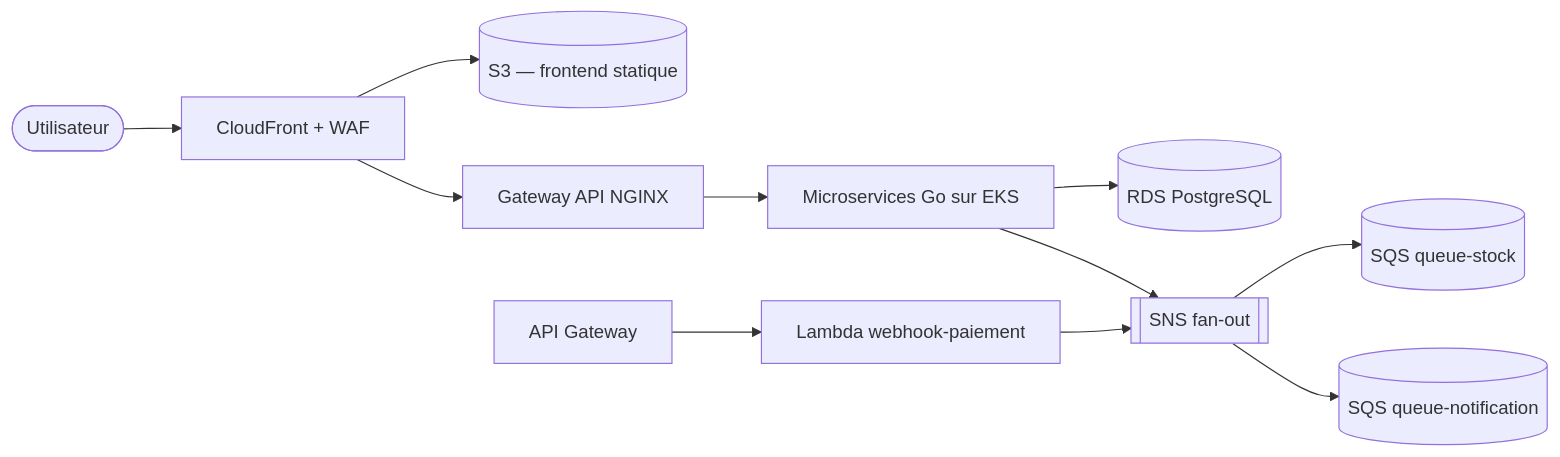
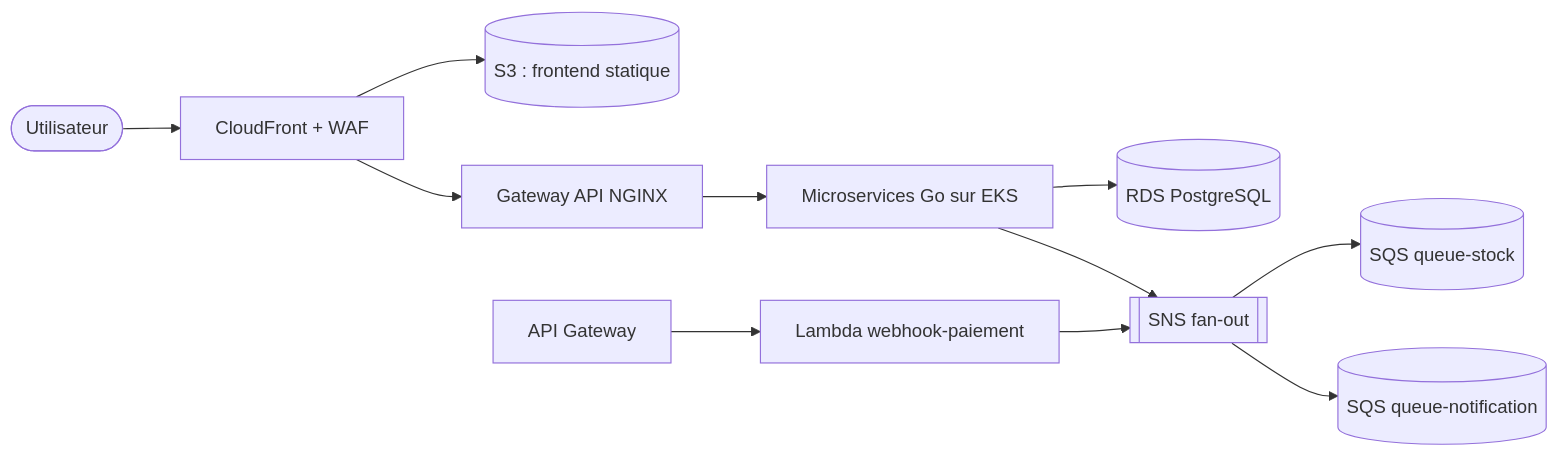
The diagram in README.md (ClementV78/shop-demo), drawn with Mermaid before and after one commit. The commit also changed other lines of this file, not shown here.

````diff
--- a/README.md
+++ b/README.md
@@ -21,13 +21,13 @@
 ```mermaid
 flowchart LR
     U([Utilisateur]) --> CF[CloudFront + WAF]
-    CF --> S3[(S3 — frontend statique)]
+    CF --> S3[(S3 : frontend statique)]
     CF --> GW[Gateway API NGINX]
     GW --> SVC[Microservices Go sur EKS]
     SVC --> RDS[(RDS PostgreSQL)]
     SVC --> SNS[[SNS fan-out]]
     SNS --> SQS1[(SQS queue-stock)]
     SNS --> SQS2[(SQS queue-notification)]
     APIGW[API Gateway] --> LBD[Lambda webhook-paiement]
     LBD --> SNS
 ```
````
